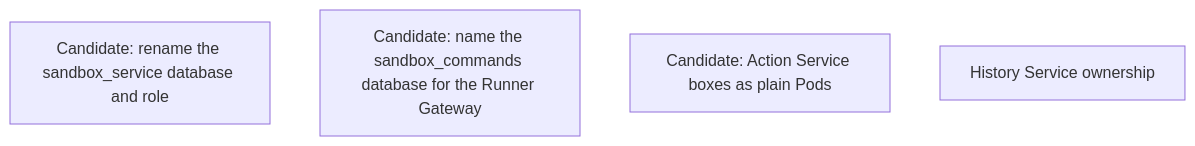
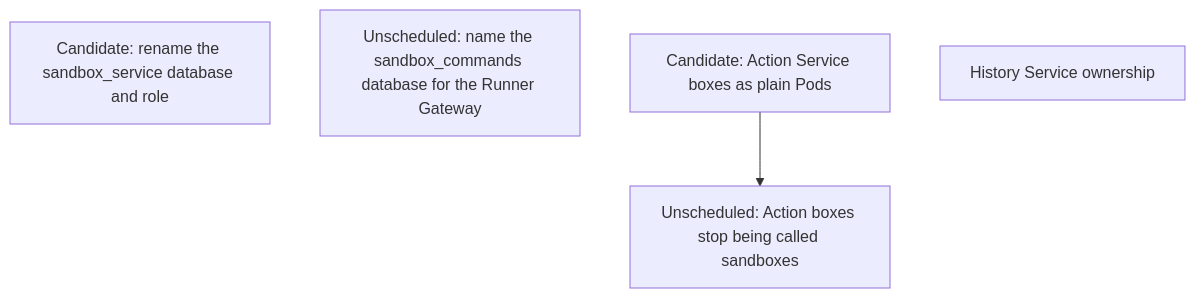
One commit to agentydragon-agent/ducktape changed diagram 11 of 14 in agentplane/plans/task_dag.md. Above: the diagram before and after it, drawn with Mermaid. The commit also changed other lines of this file, not shown here.

First line of the commit message:
agentplane/plans: defer the gateway database rename, add the Action box rename (#10134)

````diff
--- a/agentplane/plans/task_dag.md
+++ b/agentplane/plans/task_dag.md
@@ -788,7 +788,8 @@
 ```mermaid
 flowchart TD
     HISTORY_DATABASE_RENAME[Candidate: rename the sandbox_service database and role]
-    SANDBOX_DATABASE_RENAME[Candidate: name the sandbox_commands database for the Runner Gateway]
+    SANDBOX_DATABASE_RENAME[Unscheduled: name the sandbox_commands database for the Runner Gateway]
     ACTION_SANDBOX_PODS[Candidate: Action Service boxes as plain Pods]
+    ACTION_SANDBOX_PODS --> ACTION_BOX_RENAME[Unscheduled: Action boxes stop being called sandboxes]
     HISTORY_SERVICE_OWNERSHIP[History Service ownership]
 ```
````
